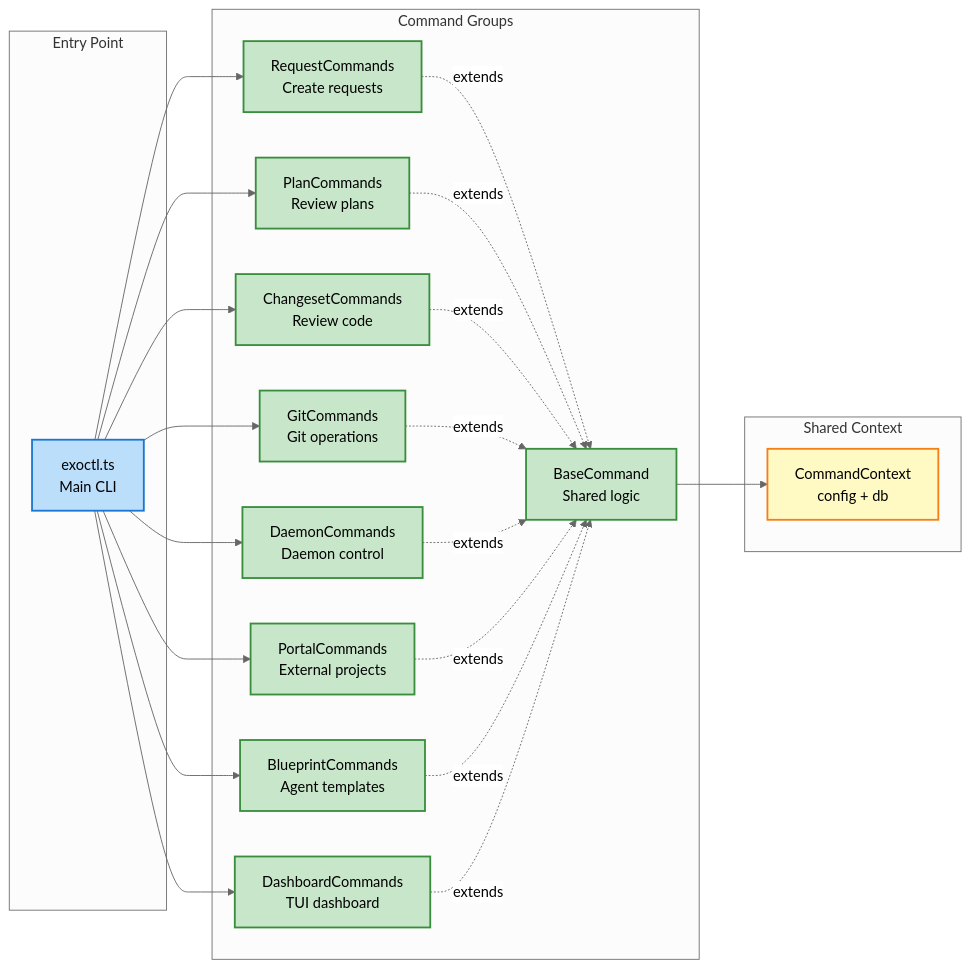
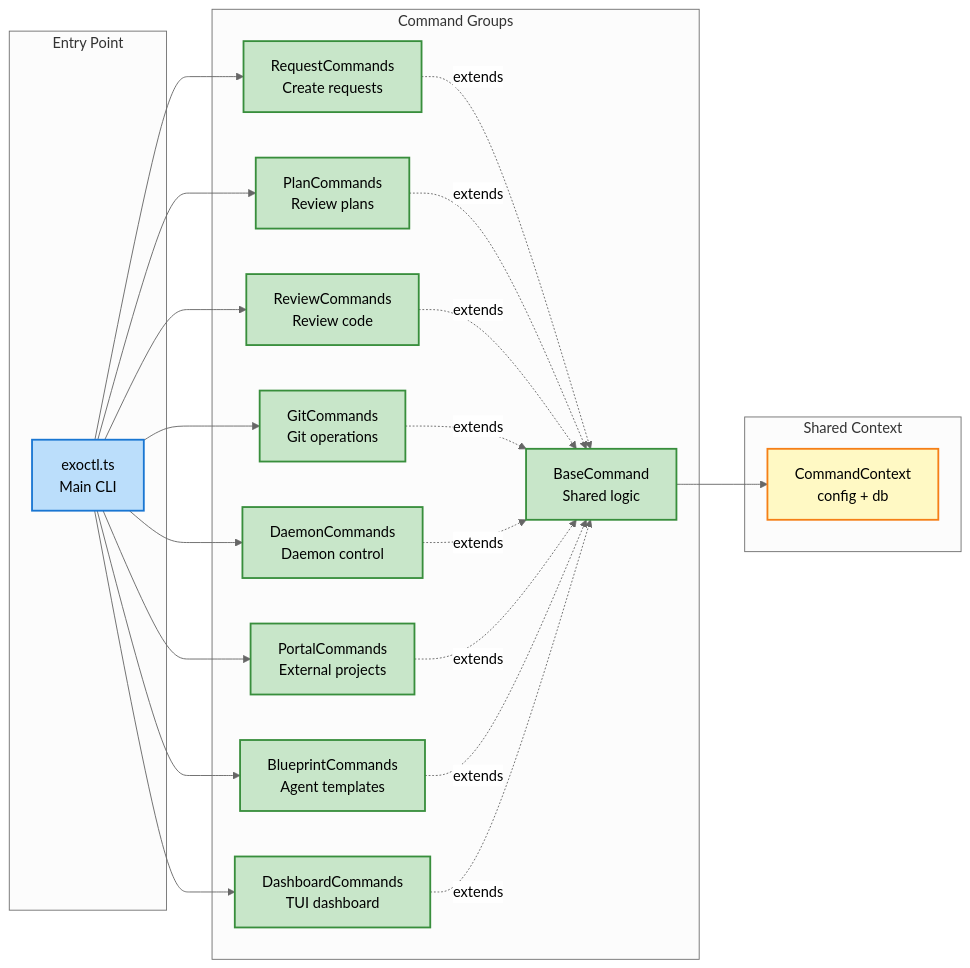
One commit to dostark/exaix-public changed the sixth of 17 diagrams in docs/dev/ExoFrame_Architecture.md. Above: the diagram before and after it, drawn with Mermaid (neutral theme). The commit also changed other lines of this file and 26 other files, not shown here.

First line of the commit message:
migrations: Replace changesets with reviews in database schema

````diff
--- a/docs/dev/ExoFrame_Architecture.md
+++ b/docs/dev/ExoFrame_Architecture.md
@@ -617,50 +617,50 @@
 ```mermaid
 graph LR
     subgraph Entry["Entry Point"]
         Exoctl[exoctl.ts<br/>Main CLI]
     end
 
     subgraph Commands["Command Groups"]
         Base[BaseCommand<br/>Shared logic]
         Req[RequestCommands<br/>Create requests]
         Plan[PlanCommands<br/>Review plans]
-        Change[ChangesetCommands<br/>Review code]
+        Change[ReviewCommands<br/>Review code]
         Git[GitCommands<br/>Git operations]
         Daemon[DaemonCommands<br/>Daemon control]
         Portal[PortalCommands<br/>External projects]
         Blueprint[BlueprintCommands<br/>Agent templates]
         Dashboard[DashboardCommands<br/>TUI dashboard]
     end
 
     subgraph Context["Shared Context"]
         Ctx[CommandContext<br/>config + db]
     end
 
     Exoctl --> Req
     Exoctl --> Plan
     Exoctl --> Change
     Exoctl --> Git
     Exoctl --> Daemon
     Exoctl --> Portal
     Exoctl --> Blueprint
     Exoctl --> Dashboard
 
     Req -.extends.-> Base
     Plan -.extends.-> Base
     Change -.extends.-> Base
     Git -.extends.-> Base
     Daemon -.extends.-> Base
     Portal -.extends.-> Base
     Blueprint -.extends.-> Base
     Dashboard -.extends.-> Base
 
     Base --> Ctx
 
     classDef entry fill:#bbdefb,stroke:#1976d2,stroke-width:2px
     classDef cmd fill:#c8e6c9,stroke:#388e3c,stroke-width:2px
     classDef ctx fill:#fff9c4,stroke:#f57f17,stroke-width:2px
 
     class Exoctl entry
     class Base,Req,Plan,Change,Git,Daemon,Portal,Blueprint,Dashboard cmd
     class Ctx ctx
 ```
````
